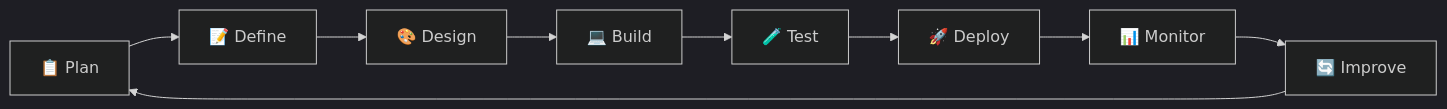
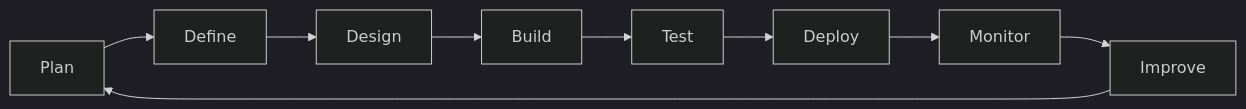
The second of 31 diagrams in DevOps-Labs-and-Projects/ Day-01 to Day-06/README.md (Yuvii2102/My-Devops-Cloud-Journey), drawn with Mermaid (dark theme) before and after one commit. The commit also changed other lines of this file, not shown here.

````diff
--- a/DevOps-Labs-and-Projects/ Day-01 to Day-06/README.md
+++ b/DevOps-Labs-and-Projects/ Day-01 to Day-06/README.md
@@ -61,14 +46,11 @@
 ```mermaid
 flowchart LR
-    A["📋 Plan"]
-    B["📝 Define"]
-    C["🎨 Design"]
-    D["💻 Build"]
-    E["🧪 Test"]
-    F["🚀 Deploy"]
-    G["📊 Monitor"]
-    H["🔄 Improve"]
-
-    A --> B --> C --> D --> E --> F --> G --> H
+    A["Plan"] --> B["Define"]
+    B --> C["Design"]
+    C --> D["Build"]
+    D --> E["Test"]
+    E --> F["Deploy"]
+    F --> G["Monitor"]
+    G --> H["Improve"]
     H --> A
 ```
````
